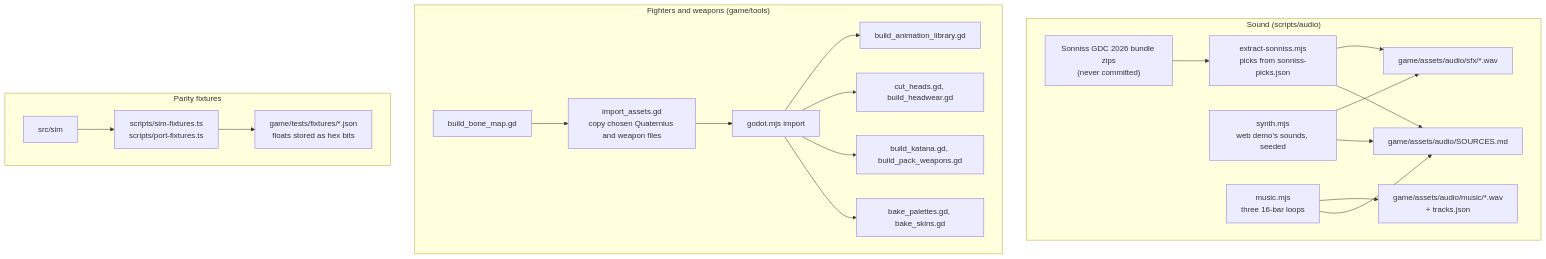
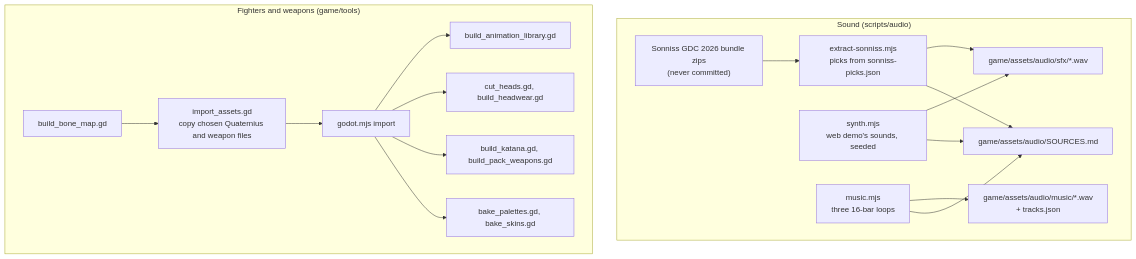
One commit to Arod231/monomachia changed diagram 20 of 22 in docs/architecture.md. Above: the diagram before and after it, drawn with Mermaid. The commit also changed other lines of this file and 130 other files, not shown here.

````diff
--- a/docs/architecture.md
+++ b/docs/architecture.md
@@ -955,24 +940,20 @@
 ```mermaid
 flowchart TD
     subgraph AUDIOP["Sound (scripts/audio)"]
         ZIP["Sonniss GDC 2026 bundle zips<br/>(never committed)"] --> EX["extract-sonniss.mjs<br/>picks from sonniss-picks.json"]
         SYN["synth.mjs<br/>web demo's sounds, seeded"]
         MUSP["music.mjs<br/>three 16-bar loops"]
         EX --> SFX["game/assets/audio/sfx/*.wav"]
         SYN --> SFX
         MUSP --> MUSF["game/assets/audio/music/*.wav<br/>+ tracks.json"]
         EX & SYN & MUSP --> SRCMD["game/assets/audio/SOURCES.md"]
     end
     subgraph ARTP["Fighters and weapons (game/tools)"]
         BM["build_bone_map.gd"] --> IA["import_assets.gd<br/>copy chosen Quaternius and weapon files"]
         IA --> IMPRT["godot.mjs import"]
         IMPRT --> BAL["build_animation_library.gd"]
         IMPRT --> CH["cut_heads.gd, build_headwear.gd"]
         IMPRT --> BW["build_katana.gd, build_pack_weapons.gd"]
         IMPRT --> BK["bake_palettes.gd, bake_skins.gd"]
     end
-    subgraph FIXP["Parity fixtures"]
-        TSR["src/sim"] --> SF["scripts/sim-fixtures.ts<br/>scripts/port-fixtures.ts"]
-        SF --> JSON["game/tests/fixtures/*.json<br/>floats stored as hex bits"]
-    end
 ```
````
